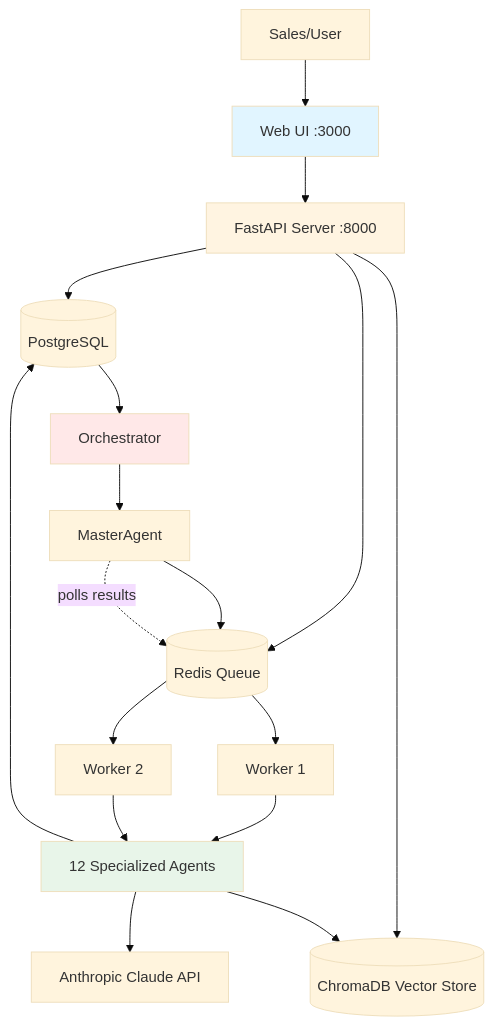
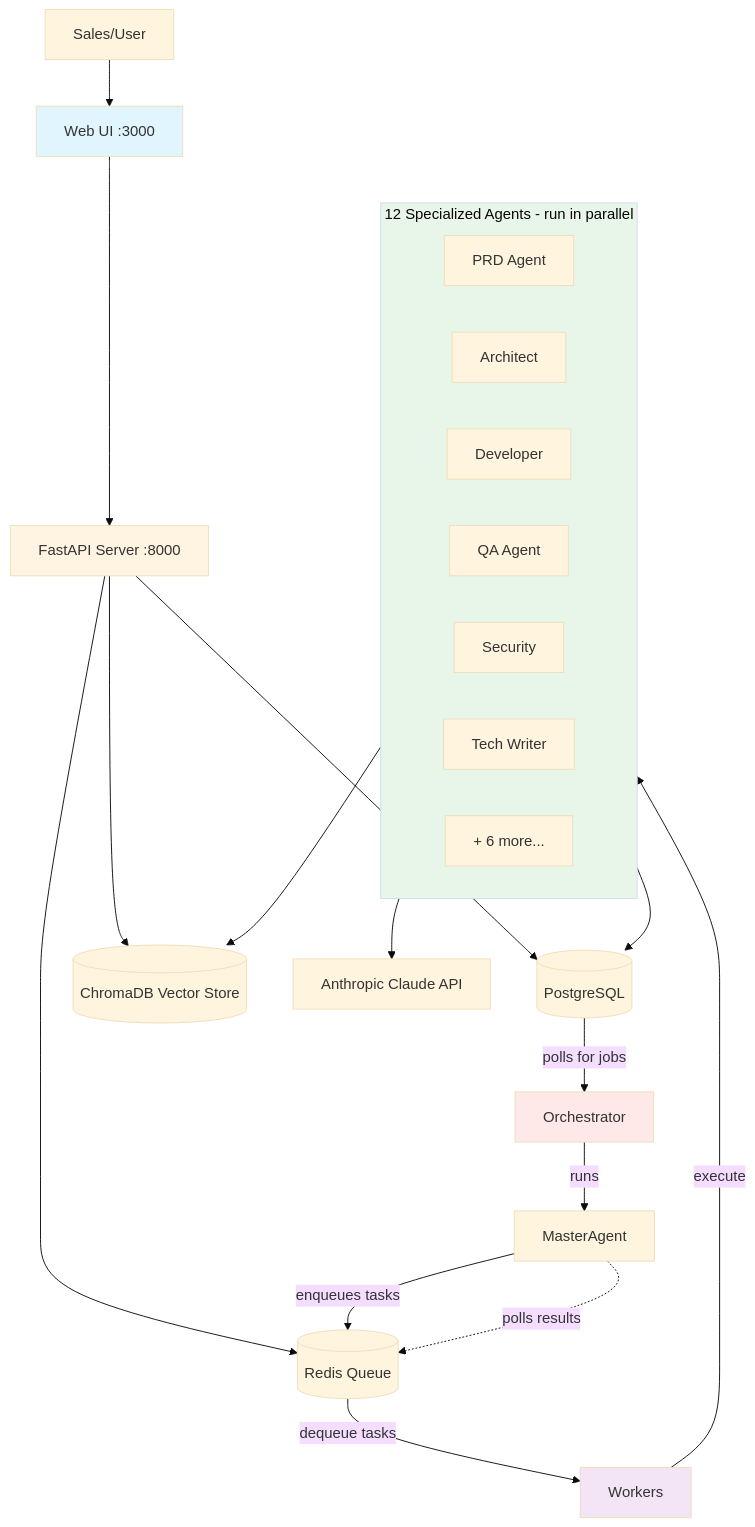
One commit to tefj-fun/agent_bus changed the first of 3 diagrams in README.md. Above: the diagram before and after it, drawn with Mermaid (base theme).

Commit message:
Claude/setup task processing 1 u6 xz (#69)
* docs: Simplify architecture diagram with clearer labels

- Combine Worker 1/2 into single "Workers" box (they're identical instances)
- Add edge labels explaining data flow (polls, enqueues, dequeue, execute)
- Makes the diagram easier to understand at a glance

https://claude.ai/code/session_01XdjEkvRuAbyekvRFJ1M9xj

* docs: Show agents run in parallel in architecture diagram

- Added subgraph showing individual agents (PRD, Architect, Developer, etc.)
- Label indicates "12 Specialized Agents - run in parallel"
- Shows some agents by name with "+ 6 more..." for brevity

https://claude.ai/code/session_01XdjEkvRuAbyekvRFJ1M9xj

---------

````diff
--- a/README.md
+++ b/README.md
@@ -86,30 +86,39 @@
 ```mermaid
 graph TB
     User[Sales/User] --> WebUI[Web UI :3000]
     WebUI --> API[FastAPI Server :8000]
 
     API --> Postgres[(PostgreSQL)]
     API --> Redis[(Redis Queue)]
     API --> ChromaDB[(ChromaDB Vector Store)]
 
-    Postgres --> Orchestrator[Orchestrator]
-    Orchestrator --> MasterAgent[MasterAgent]
-    MasterAgent --> Redis
+    Postgres -->|polls for jobs| Orchestrator[Orchestrator]
+    Orchestrator -->|runs| MasterAgent[MasterAgent]
+    MasterAgent -->|enqueues tasks| Redis
 
-    Redis --> Worker1[Worker 1]
-    Redis --> Worker2[Worker 2]
+    Redis -->|dequeue tasks| Workers[Workers]
 
-    Worker1 --> Agents[12 Specialized Agents]
-    Worker2 --> Agents
+    subgraph Agents[12 Specialized Agents - run in parallel]
+        PRD[PRD Agent]
+        Arch[Architect]
+        Dev[Developer]
+        QA[QA Agent]
+        Sec[Security]
+        Docs[Tech Writer]
+        More[+ 6 more...]
+    end
+
+    Workers -->|execute| Agents
 
     Agents --> LLM[Anthropic Claude API]
     Agents --> Postgres
     Agents --> ChromaDB
 
     MasterAgent -.->|polls results| Redis
 
     style WebUI fill:#e1f5ff
     style API fill:#fff4e1
     style Agents fill:#e8f5e9
     style Orchestrator fill:#ffe8e8
+    style Workers fill:#f3e5f5
 ```
````
